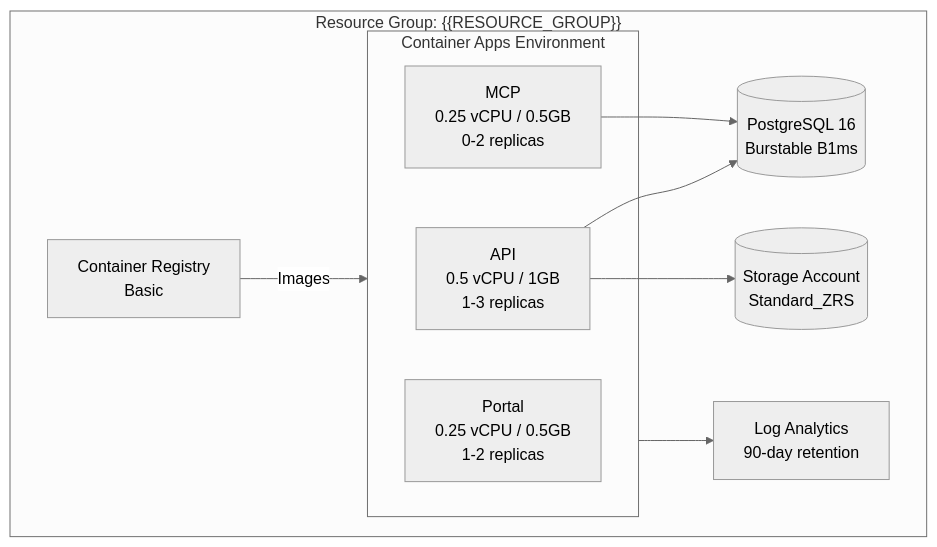
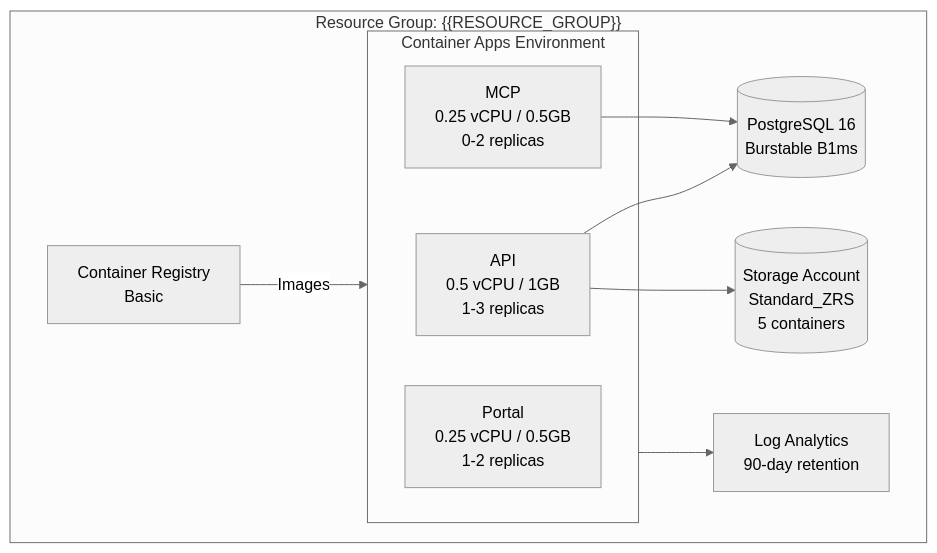
Before and after one commit to Mojo-Up/mju-customerportal-bootstrap: the fourth of 5 diagrams in docs/architecture.md, drawn with Mermaid (neutral theme). The commit also changed other lines of this file and 37 other files, not shown here.

````diff
--- a/docs/architecture.md
+++ b/docs/architecture.md
@@ -155,21 +213,21 @@
 ```mermaid
 graph TD
     subgraph RG["Resource Group: {{RESOURCE_GROUP}}"]
         ACR["Container Registry<br/>Basic"]
         PG[("PostgreSQL 16<br/>Burstable B1ms")]
-        SA[("Storage Account<br/>Standard_ZRS")]
+        SA[("Storage Account<br/>Standard_ZRS<br/>5 containers")]
         LA["Log Analytics<br/>90-day retention"]
 
         subgraph CAE["Container Apps Environment"]
             AppAPI["API<br/>0.5 vCPU / 1GB<br/>1-3 replicas"]
             AppPortal["Portal<br/>0.25 vCPU / 0.5GB<br/>1-2 replicas"]
             AppMCP["MCP<br/>0.25 vCPU / 0.5GB<br/>0-2 replicas"]
         end
     end
 
     ACR -->|Images| CAE
     AppAPI --> PG
     AppAPI --> SA
     AppMCP --> PG
     CAE --> LA
 ```
````
